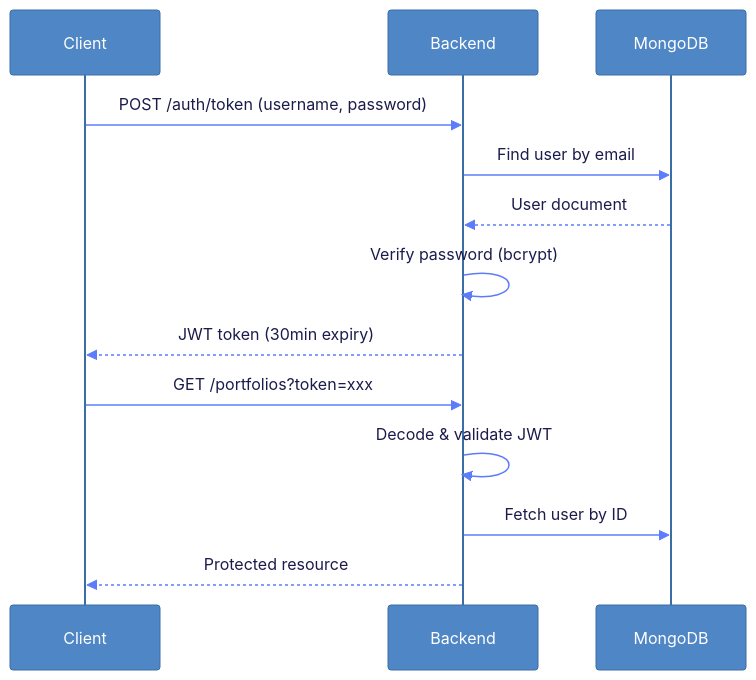
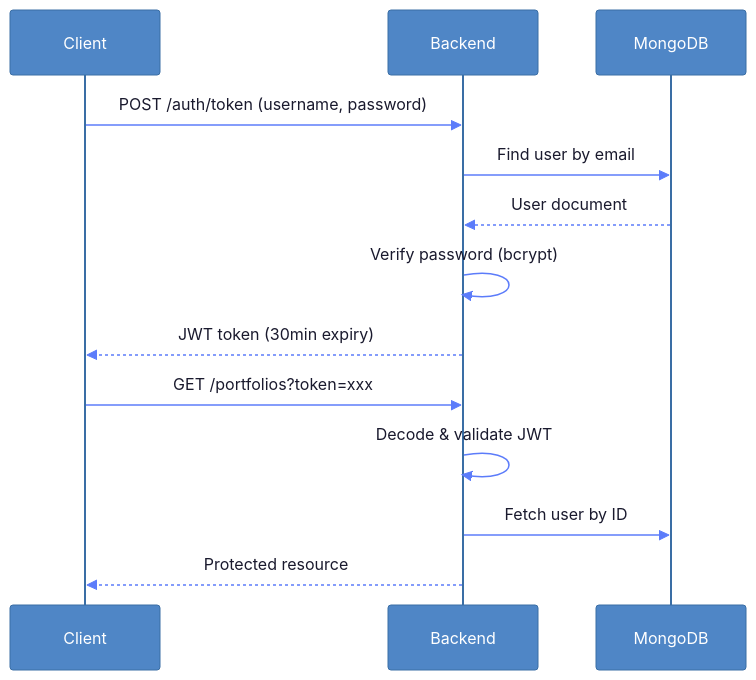
One commit to leopaulmarotte/PaperTradingPM changed the second of 3 diagrams in README.md. Above: the diagram before and after it, drawn with Mermaid. The commit also changed other lines of this file, not shown here.

````diff
--- a/README.md
+++ b/README.md
@@ -185,18 +304,18 @@
 ```mermaid
-%%{init: {'theme': 'base', 'themeVariables': { 'primaryColor': '#4f86c6', 'primaryTextColor': '#1c1c4cff', 'signalColor': '#5c7cfa', 'actorBkg': '#4f86c6', 'actorTextColor': '#fff', 'actorBorder': '#3a6ea5', 'activationBkgColor': '#e8f4f8', 'sequenceNumberColor': '#fff'}}}%%
+%%{init: {'theme': 'base', 'themeVariables': { 'primaryColor': '#4f86c6', 'primaryTextColor': '#1a1a2e', 'signalColor': '#5c7cfa', 'actorBkg': '#4f86c6', 'actorTextColor': '#fff', 'actorBorder': '#3a6ea5', 'activationBkgColor': '#e8f4f8', 'sequenceNumberColor': '#fff'}}}%%
 sequenceDiagram
     participant Client
     participant Backend
     participant MongoDB
     
     Client->>Backend: POST /auth/token (username, password)
     Backend->>MongoDB: Find user by email
     MongoDB-->>Backend: User document
     Backend->>Backend: Verify password (bcrypt)
     Backend-->>Client: JWT token (30min expiry)
     
     Client->>Backend: GET /portfolios?token=xxx
     Backend->>Backend: Decode & validate JWT
     Backend->>MongoDB: Fetch user by ID
     Backend-->>Client: Protected resource
 ```
````
